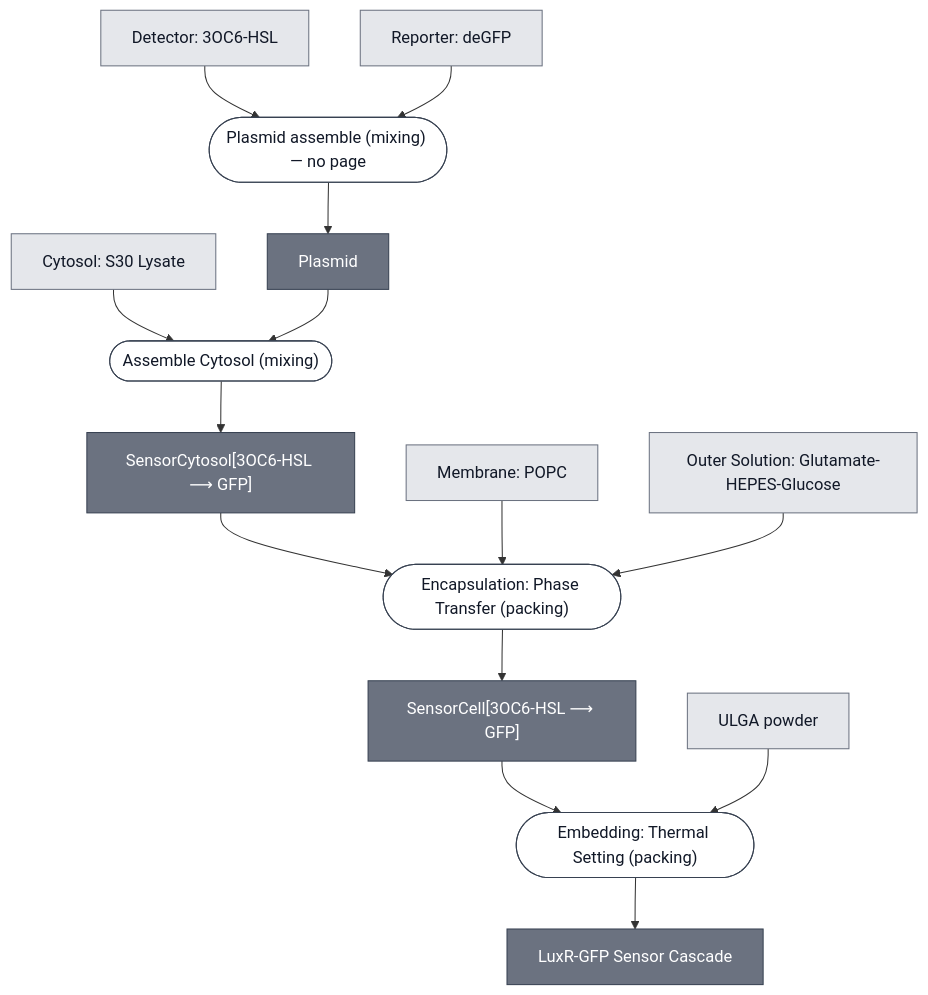
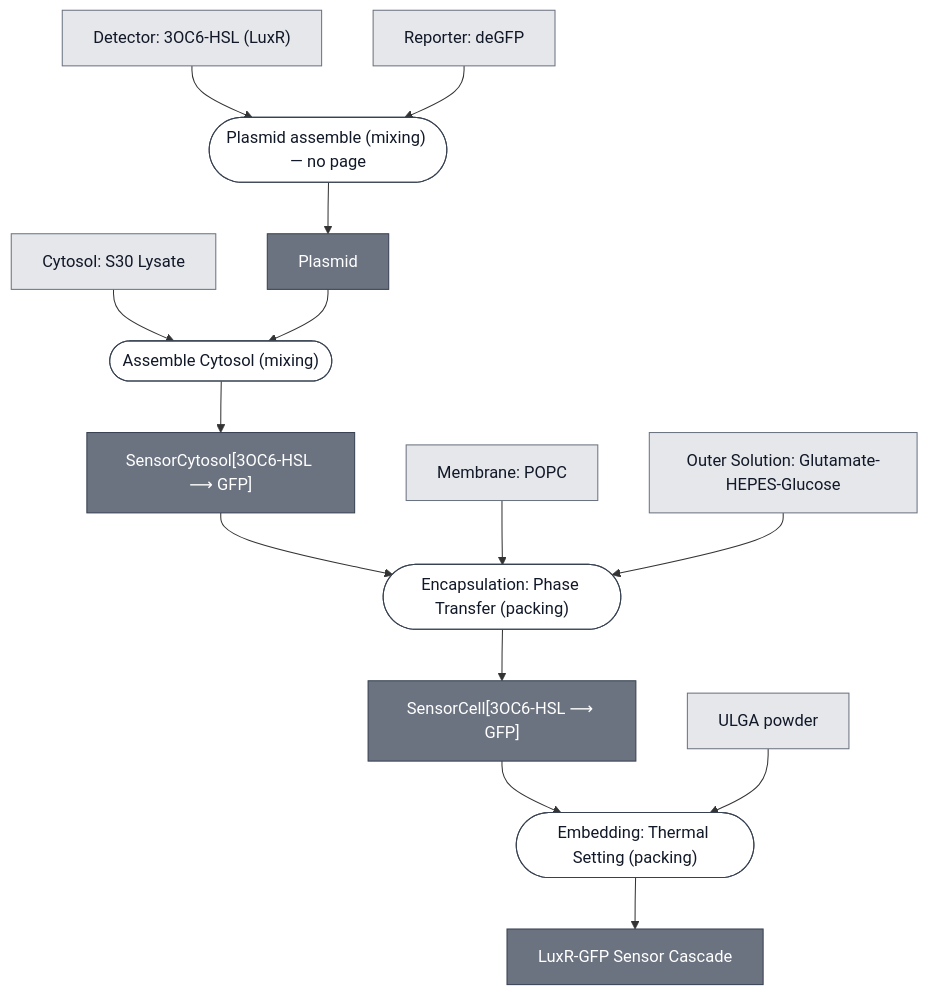
Before and after one commit to nucleus-eng/nucleus-docs: the diagram in docs/modules/luxr-gfp-cascade/spec.md, drawn with Mermaid. The commit also changed other lines of this file and 15 other files, not shown here.

First line of the commit message:
Name the LuxR detector for its mechanism, as the EsaR one already is (L1)

````diff
--- a/docs/modules/luxr-gfp-cascade/spec.md
+++ b/docs/modules/luxr-gfp-cascade/spec.md
@@ -31,54 +31,54 @@
 ```mermaid
 flowchart TD
     S30_LYSATE["Cytosol: S30 Lysate"]
-    DETECTOR_3OC6_HSL["Detector: 3OC6-HSL"]
+    DETECTOR_3OC6_HSL["Detector: 3OC6-HSL (LuxR)"]
     REPORTER_DEGFP["Reporter: deGFP"]
     MEMBRANE_POPC["Membrane: POPC"]
     OUTER_SOLUTION_GLUTAMATE["Outer Solution: Glutamate-HEPES-Glucose"]
     ULGA_POWDER["ULGA powder"]
 
     P1_ASSEMBLE_PLASMID_0(["Plasmid assemble (mixing) — no page"])
     LUXR_GFP_PLASMID["Plasmid"]
     P2_ASSEMBLE_CYTOSOL_0(["Assemble Cytosol (mixing)"])
     LUXR_GFP_SENSOR_CYTOSOL["SensorCytosol[3OC6-HSL ⟶ GFP]"]
     P3_ENCAPSULATE_0(["Encapsulation: Phase Transfer (packing)"])
     LUXR_GFP_SENSING_CELL["SensorCell[3OC6-HSL ⟶ GFP]"]
     P4_EMBED_ULGA_0(["Embedding: Thermal Setting (packing)"])
     LUXR_GFP_CASCADE["LuxR-GFP Sensor Cascade"]
 
     DETECTOR_3OC6_HSL --> P1_ASSEMBLE_PLASMID_0
     REPORTER_DEGFP --> P1_ASSEMBLE_PLASMID_0
     P1_ASSEMBLE_PLASMID_0 --> LUXR_GFP_PLASMID
 
     S30_LYSATE --> P2_ASSEMBLE_CYTOSOL_0
     LUXR_GFP_PLASMID --> P2_ASSEMBLE_CYTOSOL_0
     P2_ASSEMBLE_CYTOSOL_0 --> LUXR_GFP_SENSOR_CYTOSOL
 
     LUXR_GFP_SENSOR_CYTOSOL --> P3_ENCAPSULATE_0
     MEMBRANE_POPC --> P3_ENCAPSULATE_0
     OUTER_SOLUTION_GLUTAMATE --> P3_ENCAPSULATE_0
     P3_ENCAPSULATE_0 --> LUXR_GFP_SENSING_CELL
 
     LUXR_GFP_SENSING_CELL --> P4_EMBED_ULGA_0
     ULGA_POWDER --> P4_EMBED_ULGA_0
     P4_EMBED_ULGA_0 --> LUXR_GFP_CASCADE
 
 
     classDef leaf     fill:#e5e7eb,stroke:#6b7280,color:#111827;
     classDef composed fill:#6b7280,stroke:#374151,color:#ffffff;
     classDef process  fill:#ffffff,stroke:#374151,color:#111827;
     class S30_LYSATE,DETECTOR_3OC6_HSL,REPORTER_DEGFP,MEMBRANE_POPC,OUTER_SOLUTION_GLUTAMATE,ULGA_POWDER leaf;
     class LUXR_GFP_PLASMID,LUXR_GFP_SENSOR_CYTOSOL,LUXR_GFP_SENSING_CELL,LUXR_GFP_CASCADE composed;
     class P1_ASSEMBLE_PLASMID_0,P2_ASSEMBLE_CYTOSOL_0,P3_ENCAPSULATE_0,P4_EMBED_ULGA_0 process;
 
     click S30_LYSATE "/docs/modules/s30-lysate/spec"
     click DETECTOR_3OC6_HSL "/docs/modules/detector-3oc6-hsl/spec"
     click REPORTER_DEGFP "/docs/modules/reporter-degfp/spec"
     click MEMBRANE_POPC "/docs/modules/membrane-popc/spec"
     click OUTER_SOLUTION_GLUTAMATE "/docs/modules/outer-solution-glutamate/spec"
     click ULGA_POWDER "/docs/modules/gel-ulga/spec"
     click P2_ASSEMBLE_CYTOSOL_0 "/docs/processes/assemble-cytosol/assemble-cytosol-main"
     click P3_ENCAPSULATE_0 "/docs/processes/assemble-base-cell/main"
     click P4_EMBED_ULGA_0 "/docs/processes/embed-thermal-setting/main"
     click LUXR_GFP_CASCADE "/docs/modules/luxr-gfp-cascade/spec"
 ```
````
